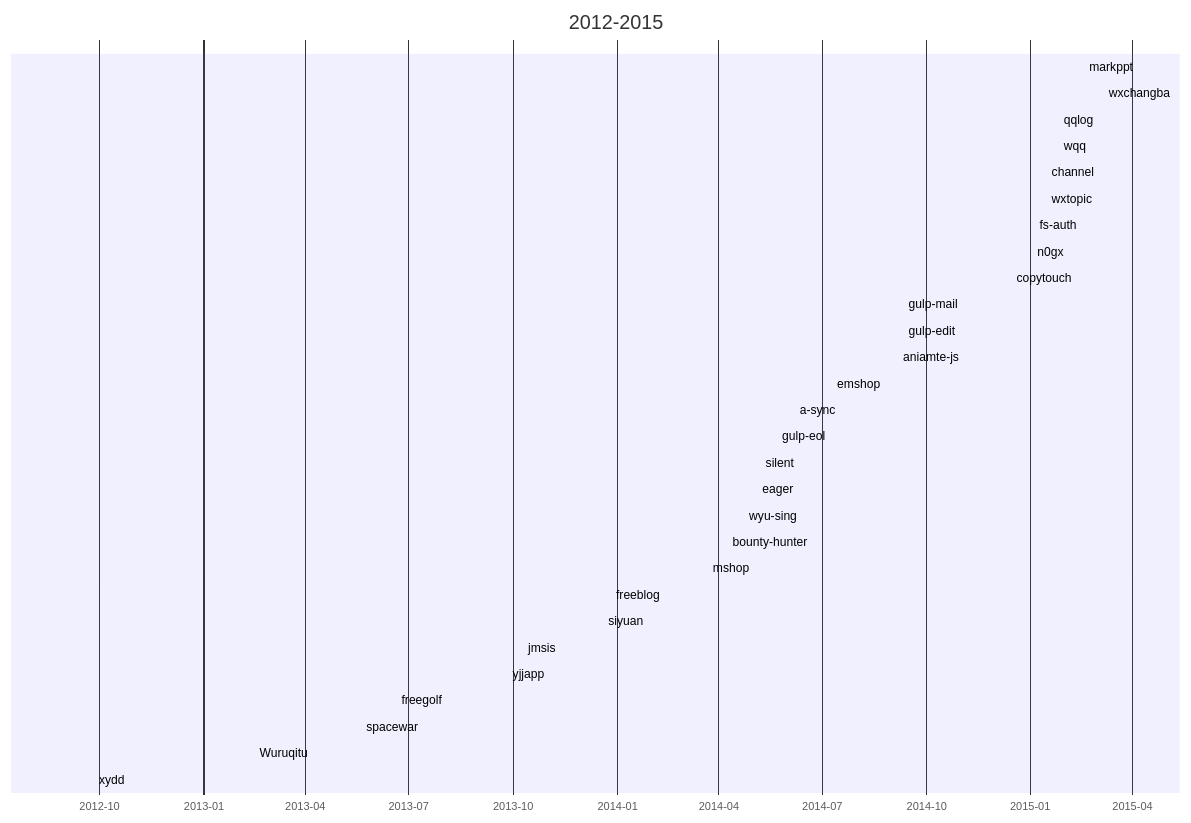
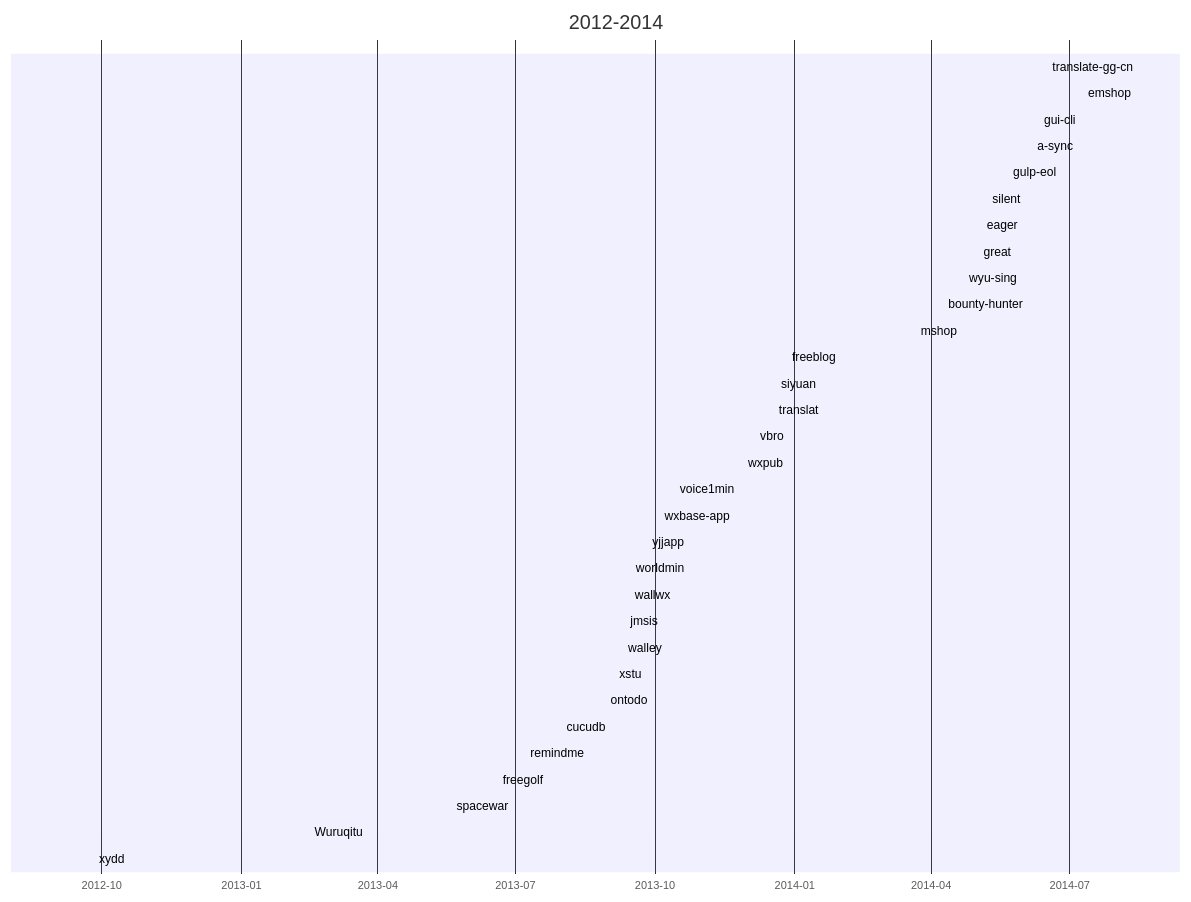
The fifth of 5 diagrams in blog/p/projects/timeline.md (fritx/silent), drawn with Mermaid before and after one commit. The commit also changed other lines of this file and 12 other files, not shown here.

````diff
--- a/blog/p/projects/timeline.md
+++ b/blog/p/projects/timeline.md
@@ -73,33 +129,36 @@
 ```mermaid
 gantt
-  title 2012-2015
+  title 2012-2014
   axisFormat  %Y-%m
-  markppt             :2015-04-07 , 2015-09-01
-  wxchangba           :2015-03-07 , 2015-06-07
-  qqlog       :2015-01-26 , 2015-09-15
-  wqq       :2015-01-26 , 2015-09-15
-  channel       :2015-01-15 , 2015-05-03
-  wxtopic       :2015-01-15 , 2015-02-03
-  fs-auth             :2015-01-05 , 2015-01-06
-  n0gx                :2015-01-03 , 2015-02-11
-  copytouch           :2014-12-15 , 2015-01-06
-  gulp-mail           :2014-09-11 , 2014-09-12
-  gulp-edit           :2014-09-11 , 2014-09-12
-  aniamte-js          :2014-09-06 , 2014-09-11
+  translate-gg-cn     :2014-08-16 , 2014-08-18
   emshop              :2014-07-10 , 2014-08-26
+  gui-cli             :2014-06-11 , 2014-06-17
   a-sync              :2014-06-07 , 2014-06-09
   gulp-eol            :2014-05-22 , 2014-09-06
   silent              :2014-05-08 , 2015-07-05
-  eager               :2014-05-05 , 2014-05-06
+  eager               :2014-05-04 , 2014-05-06
+  great               :2014-05-02 , 2014-05-08
   wyu-sing            :2014-04-23 , 2014-11-13
   bounty-hunter       :2014-04-09 , 2014-06-11
   mshop               :2014-03-22 , 2014-06-13
   freeblog            :2013-12-27 , 2014-01-09
   siyuan              :2013-12-20 , 2014-03-28
-  jmsis               :2013-10-10 , 2015-06-29
+  translat            :2013-12-18 , 2013-12-20
+  vbro                :2013-12-06 , 2013-12-07
+  wxpub               :2013-11-28 , 2013-11-30
+  voice1min           :2013-10-14 , 2013-10-21
+  wxbase-app          :2013-10-04 , 2013-10-11
   yjjapp              :2013-09-26 , 2013-12-01
-  freegolf            :2013-06-20 , 2013-06-21
+  worldmin            :2013-09-15 , 2013-09-16
+  wallwx              :2013-09-14 , 2013-09-15
+  jmsis               :2013-09-11 , 2015-06-29
+  walley              :2013-09-10 , 2013-09-14
+  xstu                :2013-09-04 , 2013-09-09
+  ontodo              :2013-08-29 , 2013-08-30
+  cucudb              :2013-07-31 , 2013-08-28
+  remindme            :2013-07-07 , 2013-07-08
+  freegolf            :2013-06-19 , 2013-06-21
   spacewar            :2013-05-20 , 2013-05-21
   Wuruqitu            :2013-02-15 , 2013-02-17
   xydd                :2012-09-26 , 2012-12-01
 ```
````
